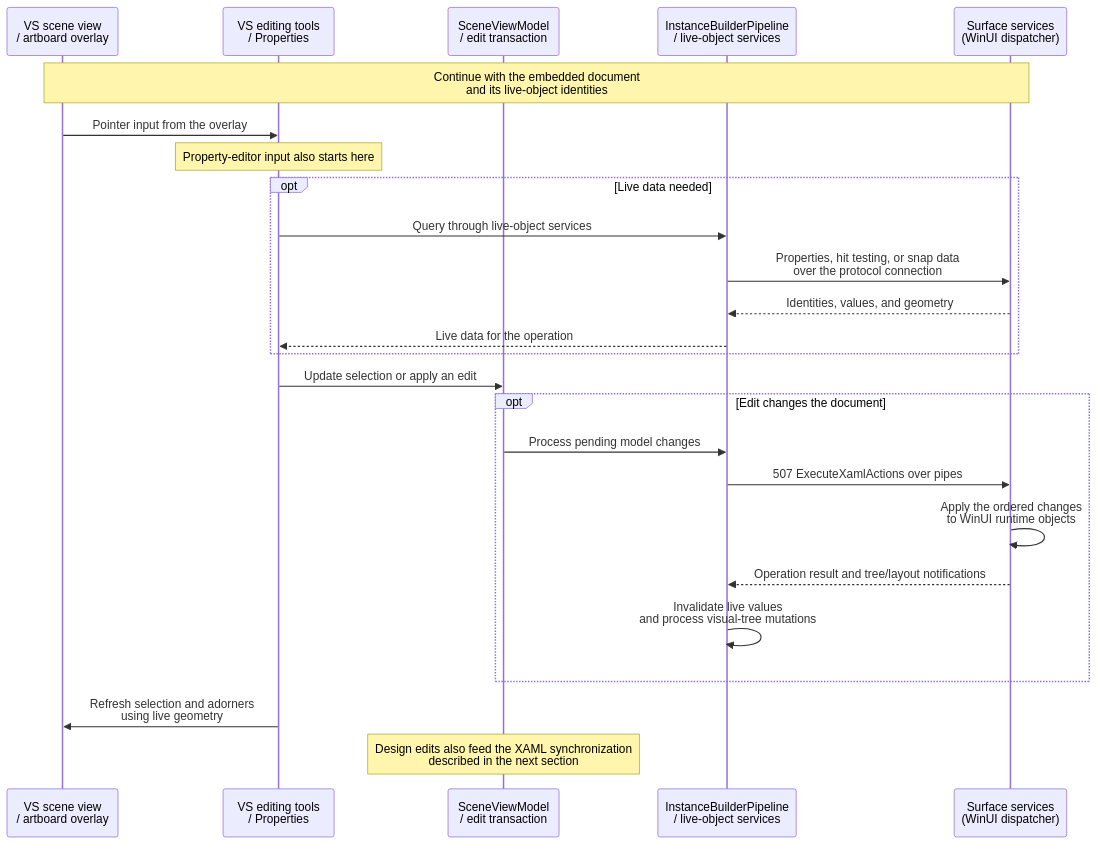
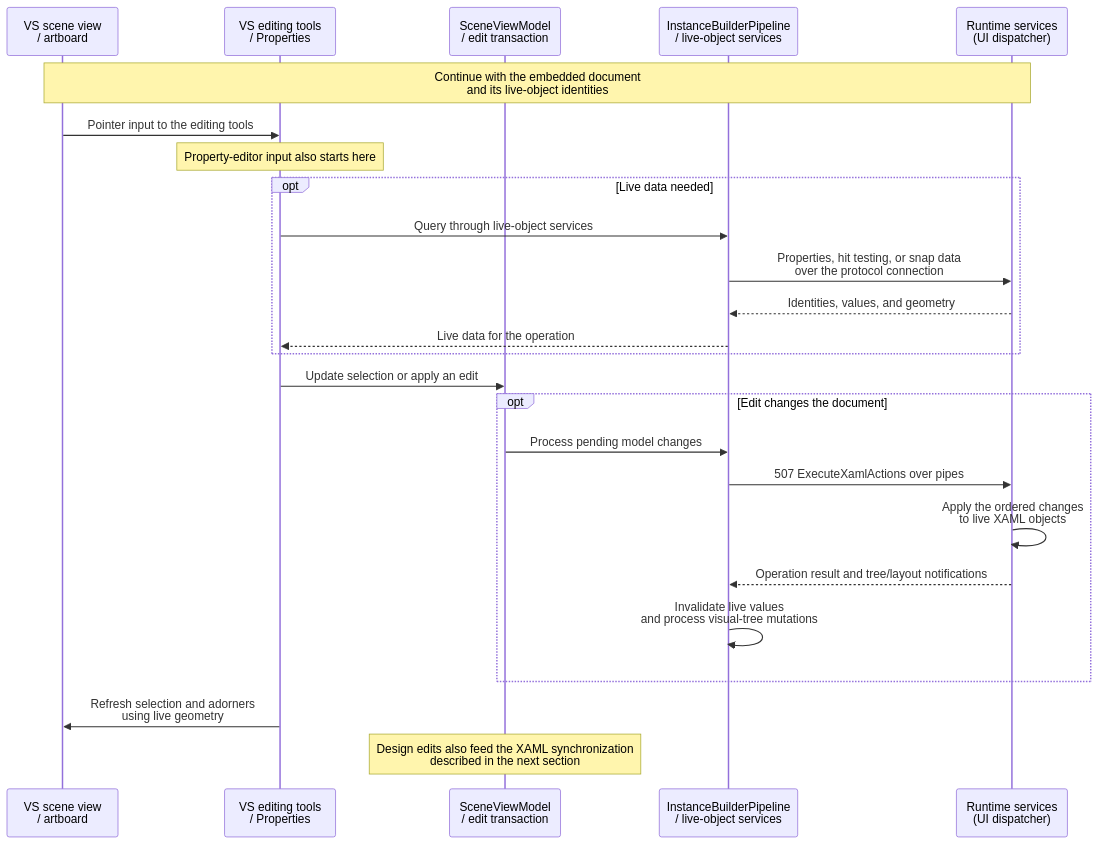
Before and after one commit to 0x5bfa/WinUIDesigner: the sixth of 7 diagrams in docs/architecture.md, drawn with Mermaid. The commit also changed other lines of this file and 3 other files, not shown here.

````diff
--- a/docs/architecture.md
+++ b/docs/architecture.md
@@ -372,27 +282,27 @@
 ```mermaid
 sequenceDiagram
-    participant Artboard as VS scene view<br/>/ artboard overlay
+    participant Artboard as VS scene view<br/>/ artboard
     participant Tools as VS editing tools<br/>/ Properties
     participant Model as SceneViewModel<br/>/ edit transaction
     participant Pipeline as InstanceBuilderPipeline<br/>/ live-object services
-    participant Surface as Surface services<br/>(WinUI dispatcher)
+    participant Surface as Runtime services<br/>(UI dispatcher)
     Note over Artboard,Surface: Continue with the embedded document<br/>and its live-object identities
-    Artboard->>Tools: Pointer input from the overlay
+    Artboard->>Tools: Pointer input to the editing tools
     Note over Tools: Property-editor input also starts here
     opt Live data needed
         Tools->>Pipeline: Query through live-object services
         Pipeline->>Surface: Properties, hit testing, or snap data<br/>over the protocol connection
         Surface-->>Pipeline: Identities, values, and geometry
         Pipeline-->>Tools: Live data for the operation
     end
     Tools->>Model: Update selection or apply an edit
     opt Edit changes the document
         Model->>Pipeline: Process pending model changes
         Pipeline->>Surface: 507 ExecuteXamlActions over pipes
-        Surface->>Surface: Apply the ordered changes<br/>to WinUI runtime objects
+        Surface->>Surface: Apply the ordered changes<br/>to live XAML objects
         Surface-->>Pipeline: Operation result and tree/layout notifications
         Pipeline->>Pipeline: Invalidate live values<br/>and process visual-tree mutations
     end
     Tools->>Artboard: Refresh selection and adorners<br/>using live geometry
     Note over Model: Design edits also feed the XAML synchronization<br/>described in the next section
 ```
````
